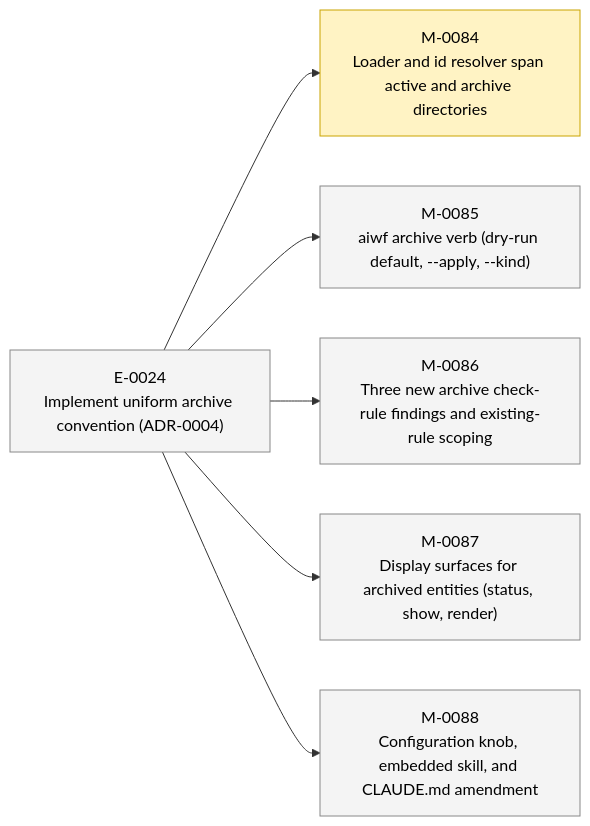
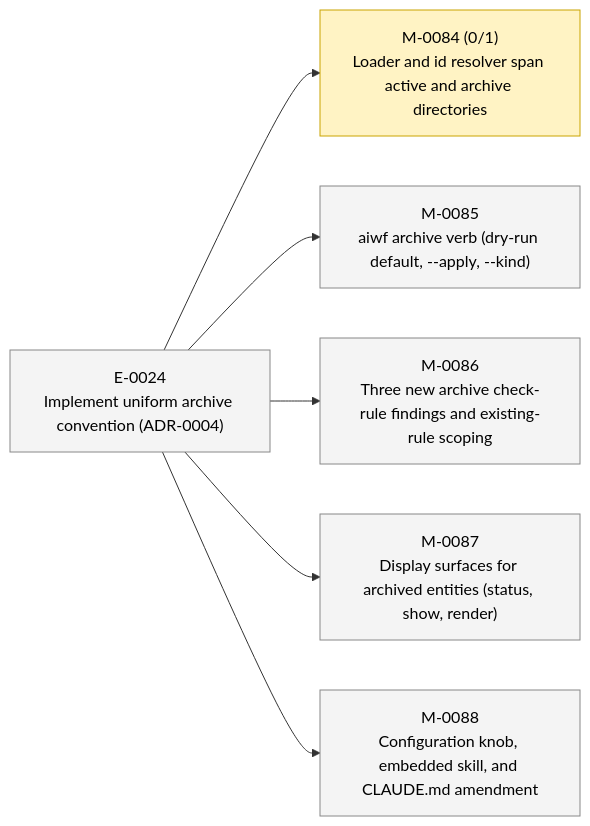
The second of 2 diagrams in STATUS.md (23min/aiwf), drawn with Mermaid before and after one commit. The commit also changed other lines of this file and 1 other file, not shown here.

First line of the commit message:
aiwf add ac M-0084/AC-1 "PathKind/IDFromPath recognize archive paths per ADR-0004 storage table"

````diff
--- a/STATUS.md
+++ b/STATUS.md
@@ -49,20 +49,20 @@
 ```mermaid
 flowchart LR
   E_0024["E-0024<br/>Implement uniform archive convention (ADR-0004)"]:::epic_proposed
-  M_0084["M-0084<br/>Loader and id resolver span active and archive directories"]:::ms_in_progress
+  M_0084["M-0084 (0/1)<br/>Loader and id resolver span active and archive directories"]:::ms_in_progress
   E_0024 --> M_0084
   M_0085["M-0085<br/>aiwf archive verb (dry-run default, --apply, --kind)"]:::ms_draft
   E_0024 --> M_0085
   M_0086["M-0086<br/>Three new archive check-rule findings and existing-rule scoping"]:::ms_draft
   E_0024 --> M_0086
   M_0087["M-0087<br/>Display surfaces for archived entities (status, show, render)"]:::ms_draft
   E_0024 --> M_0087
   M_0088["M-0088<br/>Configuration knob, embedded skill, and CLAUDE.md amendment"]:::ms_draft
   E_0024 --> M_0088
   classDef epic_active fill:#d6eaff,stroke:#1a73e8,color:#000
   classDef epic_proposed fill:#f4f4f4,stroke:#888,color:#000
   classDef ms_done fill:#d8f5d8,stroke:#2a8a2a,color:#000
   classDef ms_in_progress fill:#fff3c4,stroke:#caa400,color:#000
   classDef ms_draft fill:#f4f4f4,stroke:#888,color:#000
   classDef ms_cancelled fill:#fbeaea,stroke:#c33,color:#000
 ```
````
